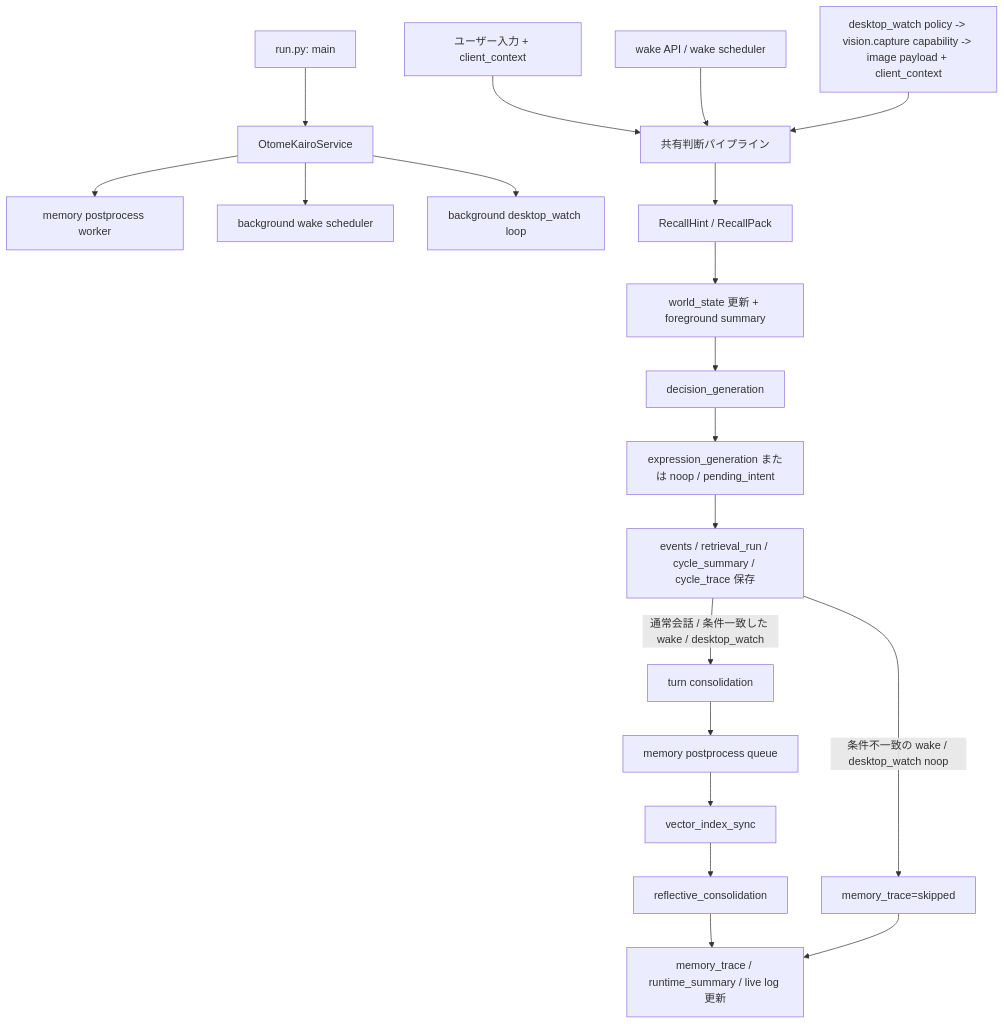
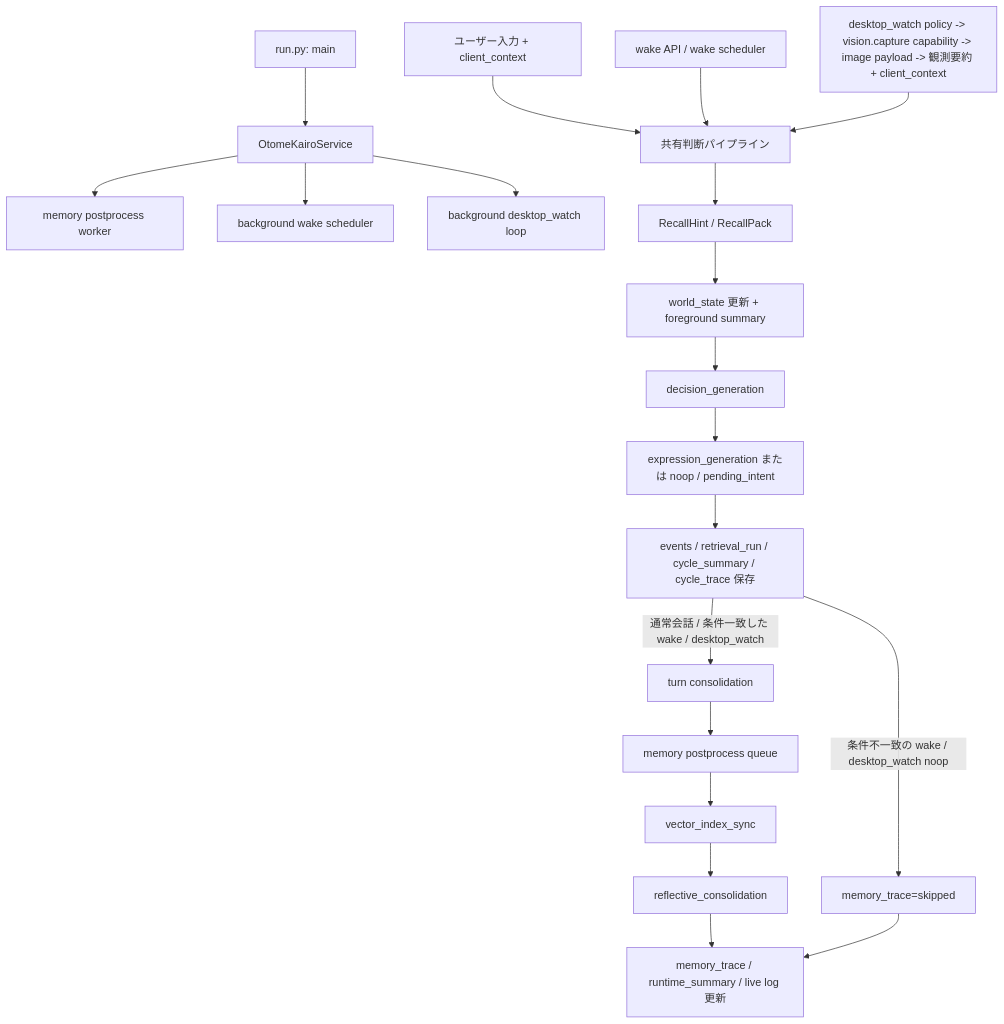
One commit to hirona98/OtomeKairo changed the second of 4 diagrams in docs/plan/02_現行処理フロー.md. Above: the diagram before and after it, drawn with Mermaid. The commit also changed other lines of this file and 14 other files, not shown here.

Commit message:
Interpret desktop watch images

````diff
--- a/docs/plan/02_現行処理フロー.md
+++ b/docs/plan/02_現行処理フロー.md
@@ -102,25 +102,25 @@
 ```mermaid
 flowchart TD
     Start["run.py: main"] --> Service["OtomeKairoService"]
     Service --> Worker["memory postprocess worker"]
     Service --> WakeLoop["background wake scheduler"]
     Service --> WatchLoop["background desktop_watch loop"]
 
     User["ユーザー入力 + client_context"] --> Shared["共有判断パイプライン"]
     WakeAPI["wake API / wake scheduler"] --> Shared
-    Watch["desktop_watch policy -> vision.capture capability -> image payload + client_context"] --> Shared
+    Watch["desktop_watch policy -> vision.capture capability -> image payload -> 観測要約 + client_context"] --> Shared
 
     Shared --> Recall["RecallHint / RecallPack"]
     Recall --> WorldState["world_state 更新 + foreground summary"]
     WorldState --> Decision["decision_generation"]
     Decision --> Reply["expression_generation または noop / pending_intent"]
     Reply --> Persist["events / retrieval_run / cycle_summary / cycle_trace 保存"]
 
     Persist -->|通常会話 / 条件一致した wake / desktop_watch| Memory["turn consolidation"]
     Persist -->|条件不一致の wake / desktop_watch noop| SkipMemory["memory_trace=skipped"]
     Memory --> Queue["memory postprocess queue"]
     Queue --> Vec["vector_index_sync"]
     Vec --> Reflect["reflective_consolidation"]
     Reflect --> Update["memory_trace / runtime_summary / live log 更新"]
     SkipMemory --> Update
 ```
````
